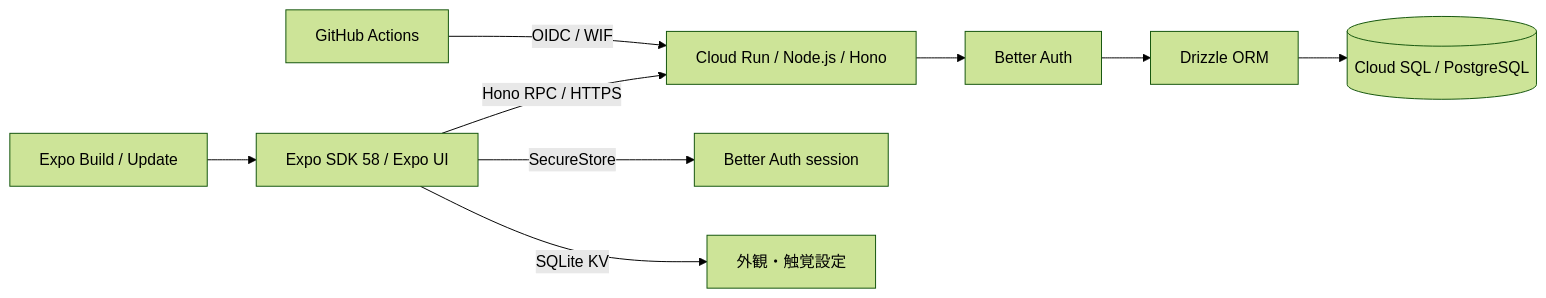
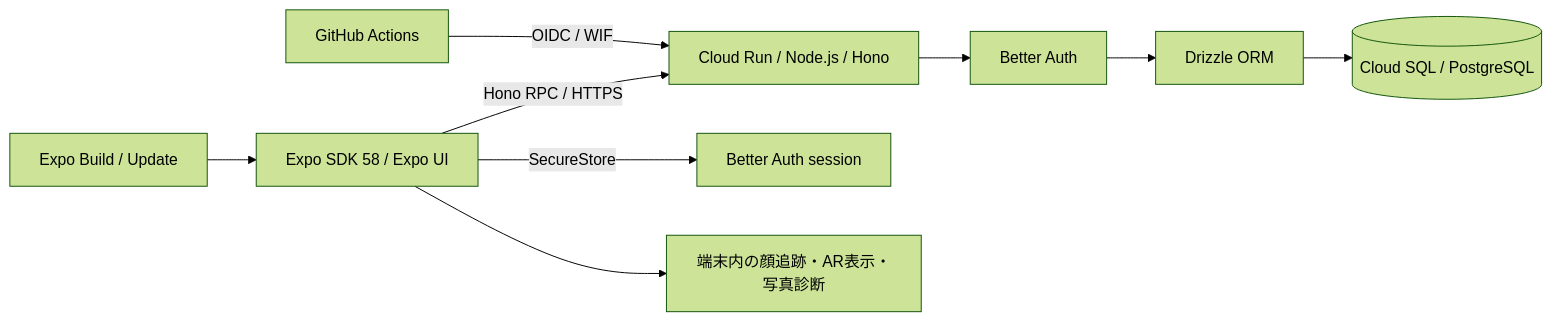
Before and after one commit to Kcvl-DfHack26/nuri: the diagram in docs/architecture.md, drawn with Mermaid (forest theme). The commit also changed other lines of this file and 10 other files, not shown here.

````diff
--- a/docs/architecture.md
+++ b/docs/architecture.md
@@ -7,11 +7,11 @@
 ```mermaid
 flowchart LR
   Phone[Expo SDK 58 / Expo UI] -->|Hono RPC / HTTPS|API[Cloud Run / Node.js / Hono]
   Phone -->|SecureStore|Session[Better Auth session]
-  Phone -->|SQLite KV|Local[外観・触覚設定]
+  Phone --> Local[端末内の顔追跡・AR表示・写真診断]
   API --> Auth[Better Auth]
   Auth --> Drizzle[Drizzle ORM]
   Drizzle --> DB[(Cloud SQL / PostgreSQL)]
   CI[GitHub Actions] -->|OIDC / WIF|API
   EAS[Expo Build / Update] --> Phone
 ```
````
